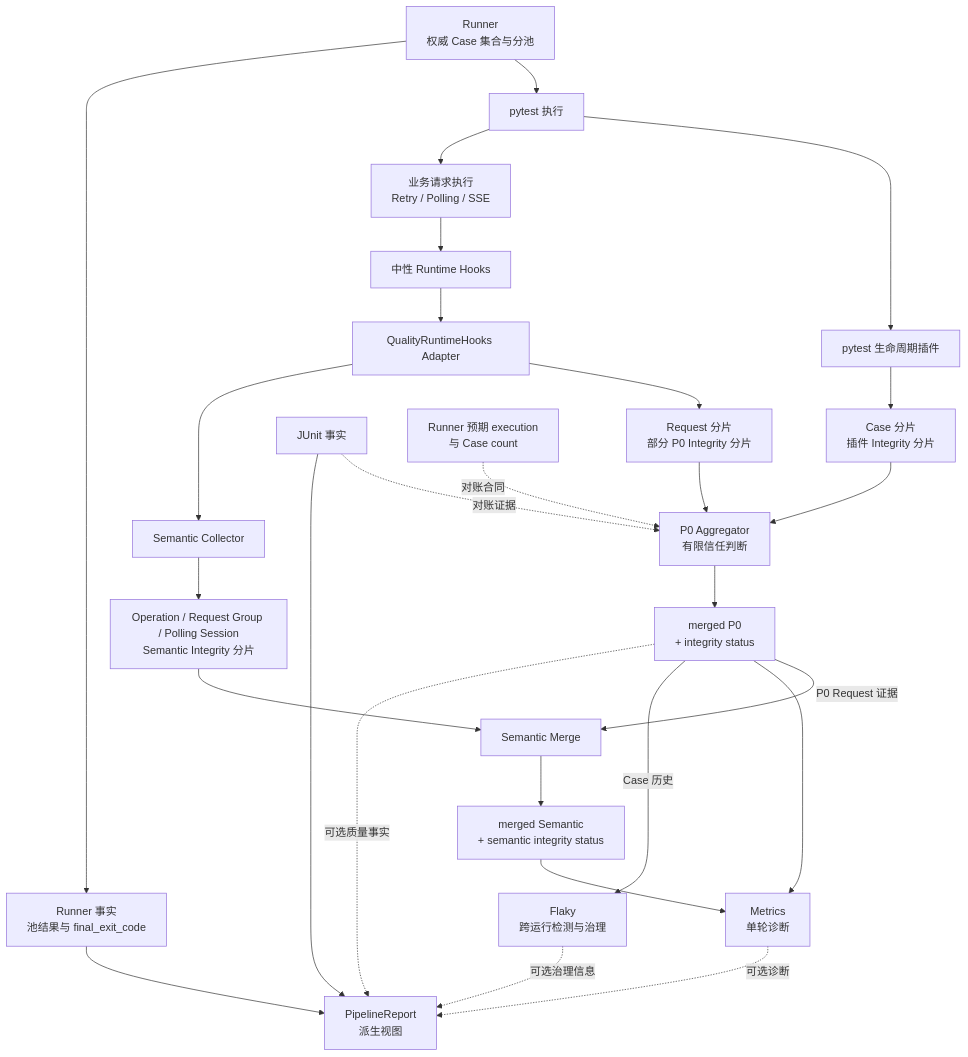
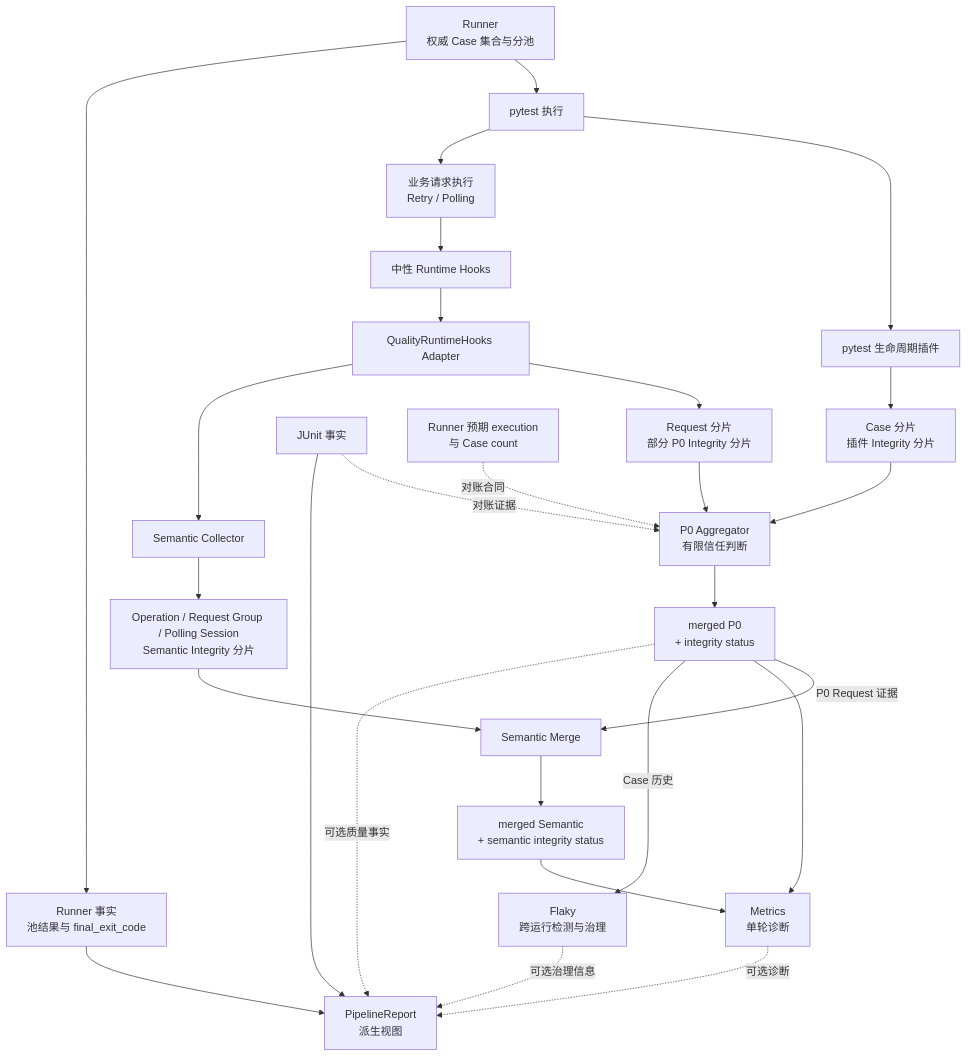
The fourth of 5 diagrams in course/核心/第01课-复杂LLM调用为什么需要可信事实链.md (wjy801/llm_api_case), drawn with Mermaid before and after one commit. The commit also changed other lines of this file and 12 other files, not shown here.

````diff
--- a/course/核心/第01课-复杂LLM调用为什么需要可信事实链.md
+++ b/course/核心/第01课-复杂LLM调用为什么需要可信事实链.md
@@ -395,35 +378,35 @@
 ```mermaid
 flowchart TD
     R["Runner<br/>权威 Case 集合与分池"] --> PY["pytest 执行"]
     R --> RF["Runner 事实<br/>池结果与 final_exit_code"]
 
     PY --> PL["pytest 生命周期插件"]
-    PY --> BX["业务请求执行<br/>Retry / Polling / SSE"]
+    PY --> BX["业务请求执行<br/>Retry / Polling"]
 
     PL --> CS["Case 分片<br/>插件 Integrity 分片"]
     BX --> RH["中性 Runtime Hooks"]
     RH --> QA["QualityRuntimeHooks Adapter"]
     QA --> RS["Request 分片<br/>部分 P0 Integrity 分片"]
     QA --> SC["Semantic Collector"]
     SC --> SS["Operation / Request Group / Polling Session<br/>Semantic Integrity 分片"]
 
     CS --> PA["P0 Aggregator<br/>有限信任判断"]
     RS --> PA
     J["JUnit 事实"] -. "对账证据" .-> PA
     E["Runner 预期 execution<br/>与 Case count"] -. "对账合同" .-> PA
     PA --> P0["merged P0<br/>+ integrity status"]
 
     SS --> SM["Semantic Merge"]
     P0 -->|"P0 Request 证据"| SM
     SM --> S["merged Semantic<br/>+ semantic integrity status"]
 
     P0 --> M["Metrics<br/>单轮诊断"]
     S --> M
     P0 -->|"Case 历史"| K["Flaky<br/>跨运行检测与治理"]
 
     RF --> P["PipelineReport<br/>派生视图"]
     J --> P
     P0 -. "可选质量事实" .-> P
     M -. "可选诊断" .-> P
     K -. "可选治理信息" .-> P
 ```
````
